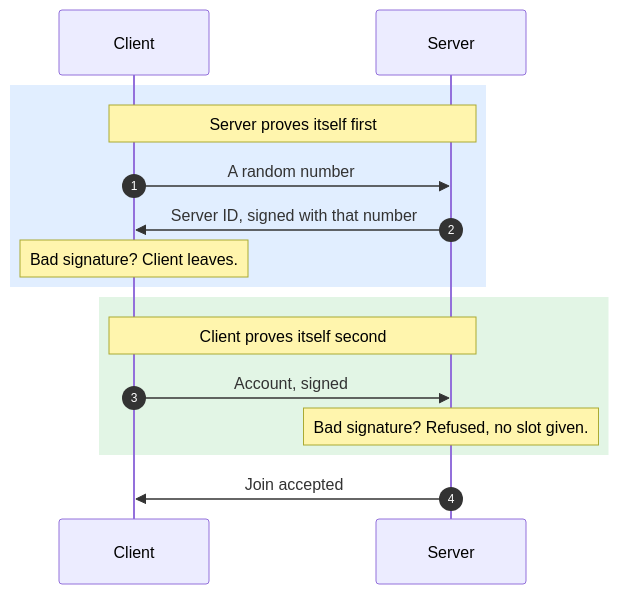
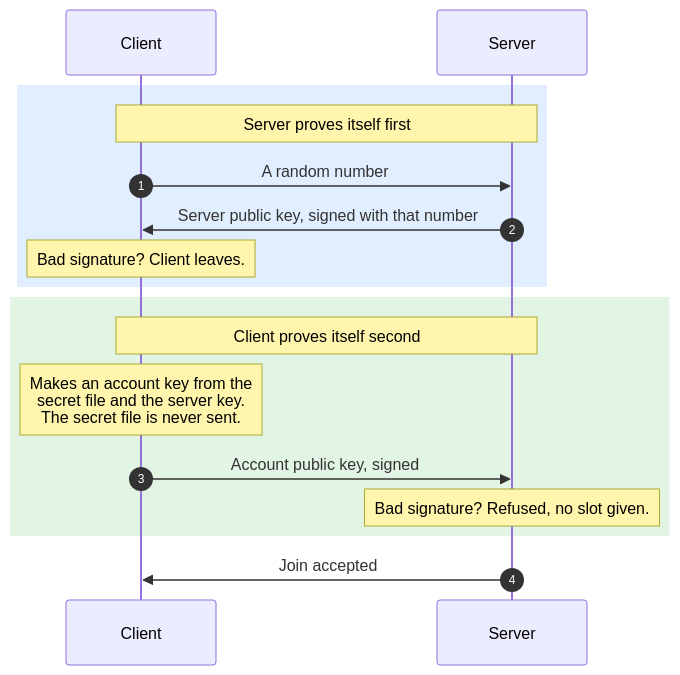
Before and after one commit to rc4l/ForkUnderA: the diagram in README.account-auth.md, drawn with Mermaid.

Commit message:
Show that the secret file stays put

````diff
--- a/README.account-auth.md
+++ b/README.account-auth.md
@@ -5,21 +5,22 @@
 ```mermaid
 sequenceDiagram
     autonumber
     participant C as Client
     participant S as Server
 
     rect rgba(56, 139, 253, 0.15)
         Note over C,S: Server proves itself first
         C->>S: A random number
-        S->>C: Server ID, signed with that number
+        S->>C: Server public key, signed with that number
         Note over C: Bad signature? Client leaves.
     end
 
     rect rgba(63, 185, 80, 0.15)
         Note over C,S: Client proves itself second
-        C->>S: Account, signed
+        Note over C: Makes an account key from the<br/>secret file and the server key.<br/>The secret file is never sent.
+        C->>S: Account public key, signed
         Note over S: Bad signature? Refused, no slot given.
     end
 
     S->>C: Join accepted
 ```
````
